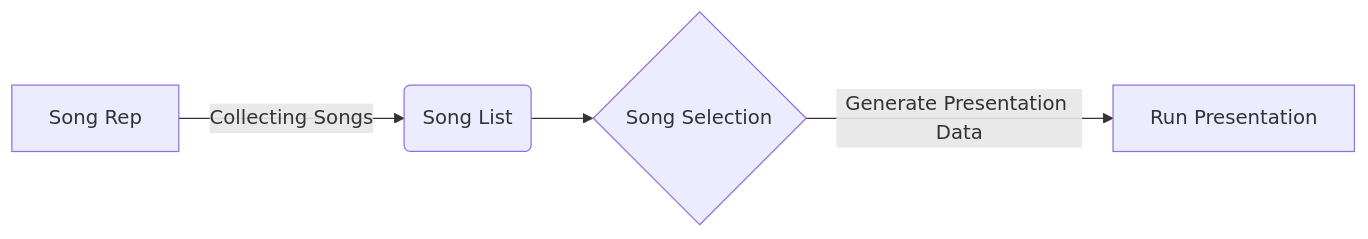
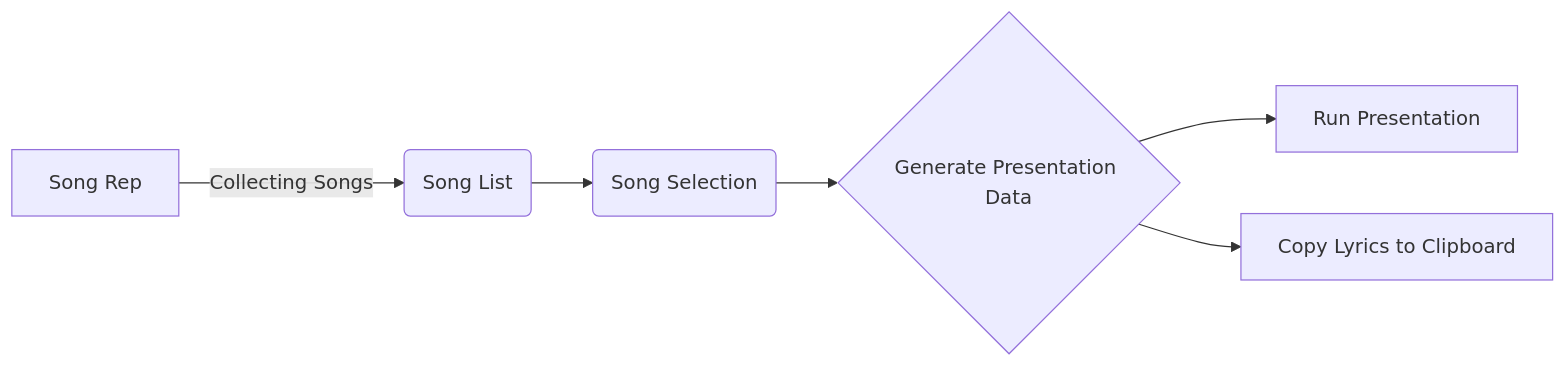
One commit to reckel-jm/cantara-webpage changed the diagram in content/tutorial/How Cantara Works.en.md. Above: the diagram before and after it, drawn with Mermaid. The commit also changed 2 other files, not shown here.

Commit message:
Add Remarks for V 2.3. Beta and update diagram

```diff
--- a/content/tutorial/How Cantara Works.en.md
+++ b/content/tutorial/How Cantara Works.en.md
@@ -19,6 +19,8 @@
 {{<mermaid align="left">}}
 graph LR;
     A[Song Rep] -->|Collecting Songs| B(Song List)
-    B --> C{Song Selection}
-    C -->|Generate Presentation Data| D[Run Presentation]
+    B --> C(Song Selection)
+    C --> D{Generate Presentation Data}
+    D --> E[Run Presentation]
+    D --> F[Copy Lyrics to Clipboard]
 {{< /mermaid >}}
```
